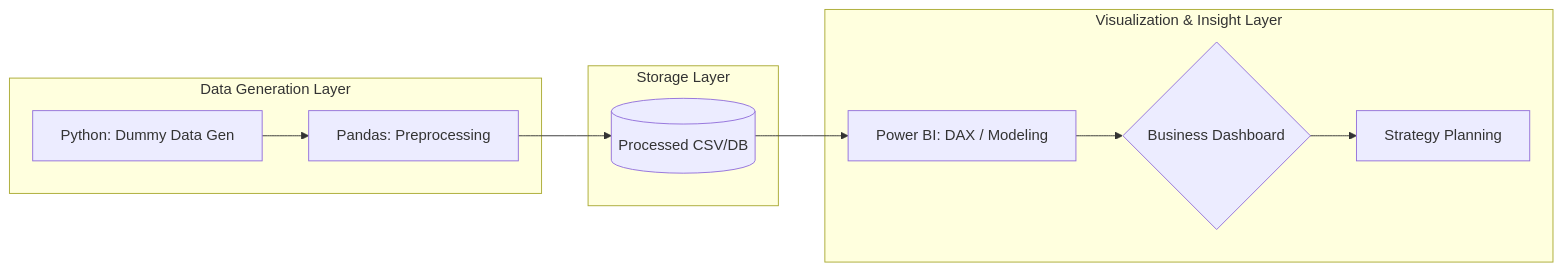
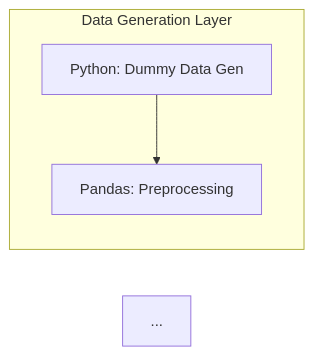
The diagram in README.md (ktakemurasushiai-wq/Insurance-data-AI-project), drawn with Mermaid before and after one commit. The commit also changed other lines of this file and 1 other file, not shown here.

Commit message:
feat: complete Power BI dashboard and update README

````diff
--- a/README.md
+++ b/README.md
@@ -28,16 +28,7 @@
 ```mermaid
 graph LR
     subgraph "Data Generation Layer"
     A[Python: Dummy Data Gen] --> B[Pandas: Preprocessing]
     end
-
-    subgraph "Storage Layer"
-    B --> C[(Processed CSV/DB)]
-    end
-
-    subgraph "Visualization & Insight Layer"
-    C --> D[Power BI: DAX / Modeling]
-    D --> E{Business Dashboard}
-    E --> F[Strategy Planning]
-    end
+    ...
  ```
````
